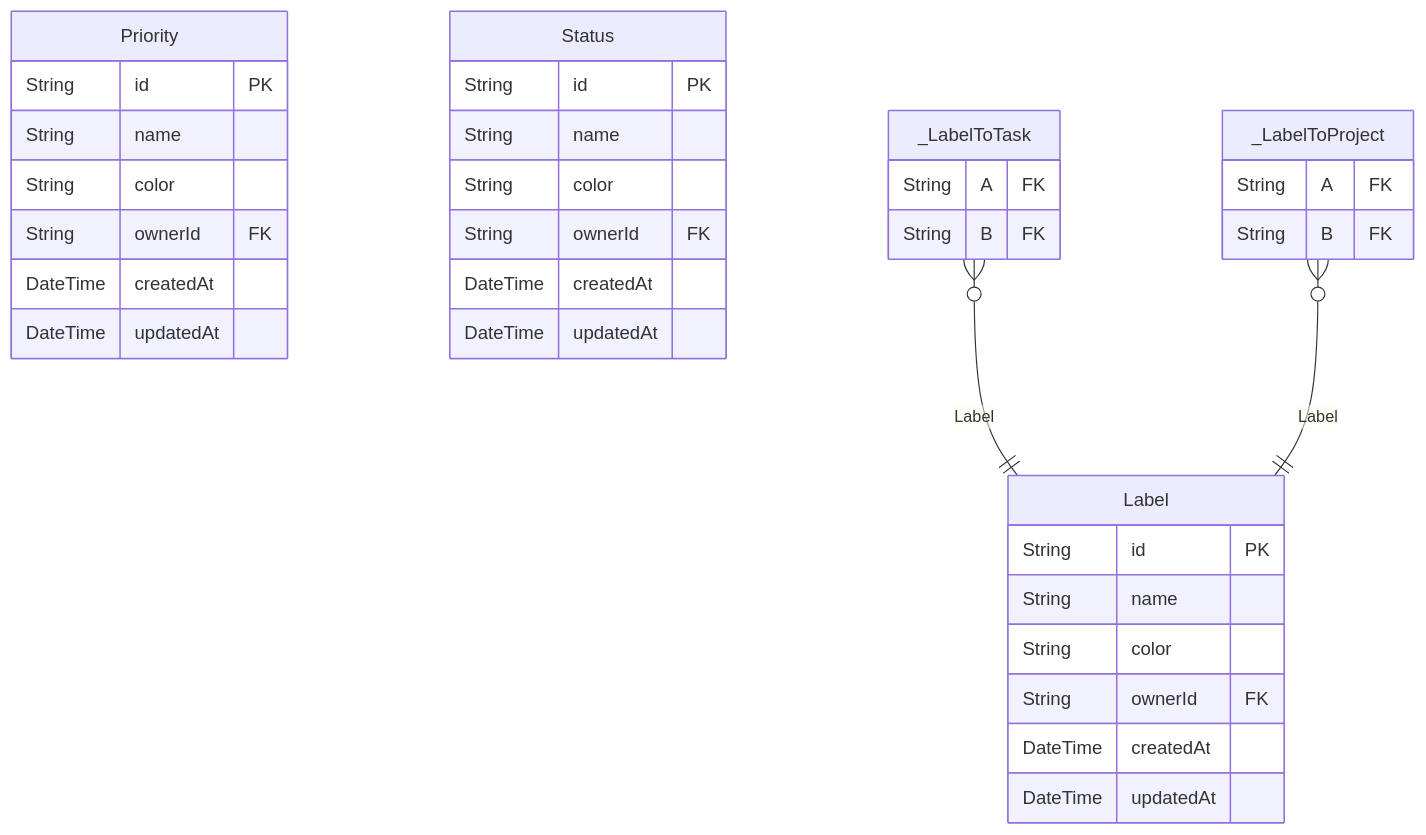
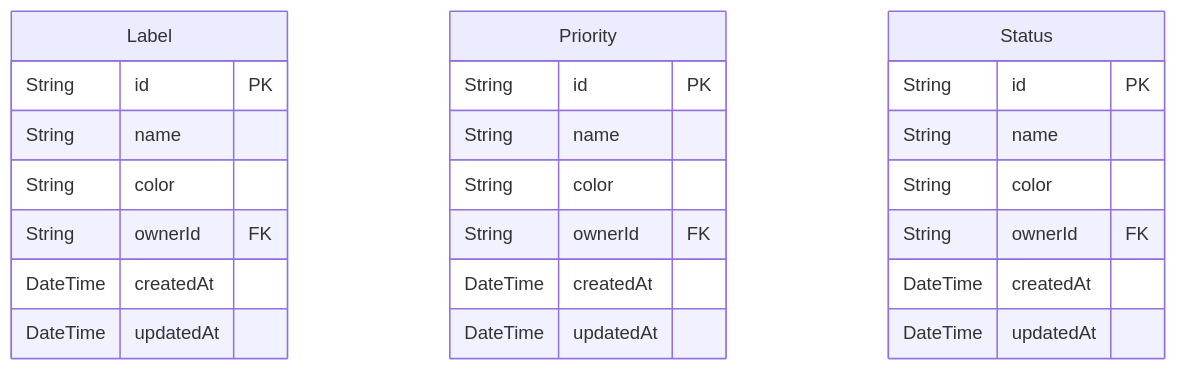
The second of 6 diagrams in docs/database-schema.md (MaquestiauxLabs/demo-react-taskmanager), drawn with Mermaid before and after one commit. The commit also changed other lines of this file and 8 other files, not shown here.

````diff
--- a/docs/database-schema.md
+++ b/docs/database-schema.md
@@ -39,37 +39,27 @@
 ```mermaid
 erDiagram
 "Label" {
   String id PK
   String name
   String color
   String ownerId FK
   DateTime createdAt
   DateTime updatedAt
 }
 "Priority" {
   String id PK
   String name
   String color
   String ownerId FK
   DateTime createdAt
   DateTime updatedAt
 }
 "Status" {
   String id PK
   String name
   String color
   String ownerId FK
   DateTime createdAt
   DateTime updatedAt
 }
-"_LabelToTask" {
-  String A FK
-  String B FK
-}
-"_LabelToProject" {
-  String A FK
-  String B FK
-}
-"_LabelToTask" }o--|| "Label" : Label
-"_LabelToProject" }o--|| "Label" : Label
 ```
````
